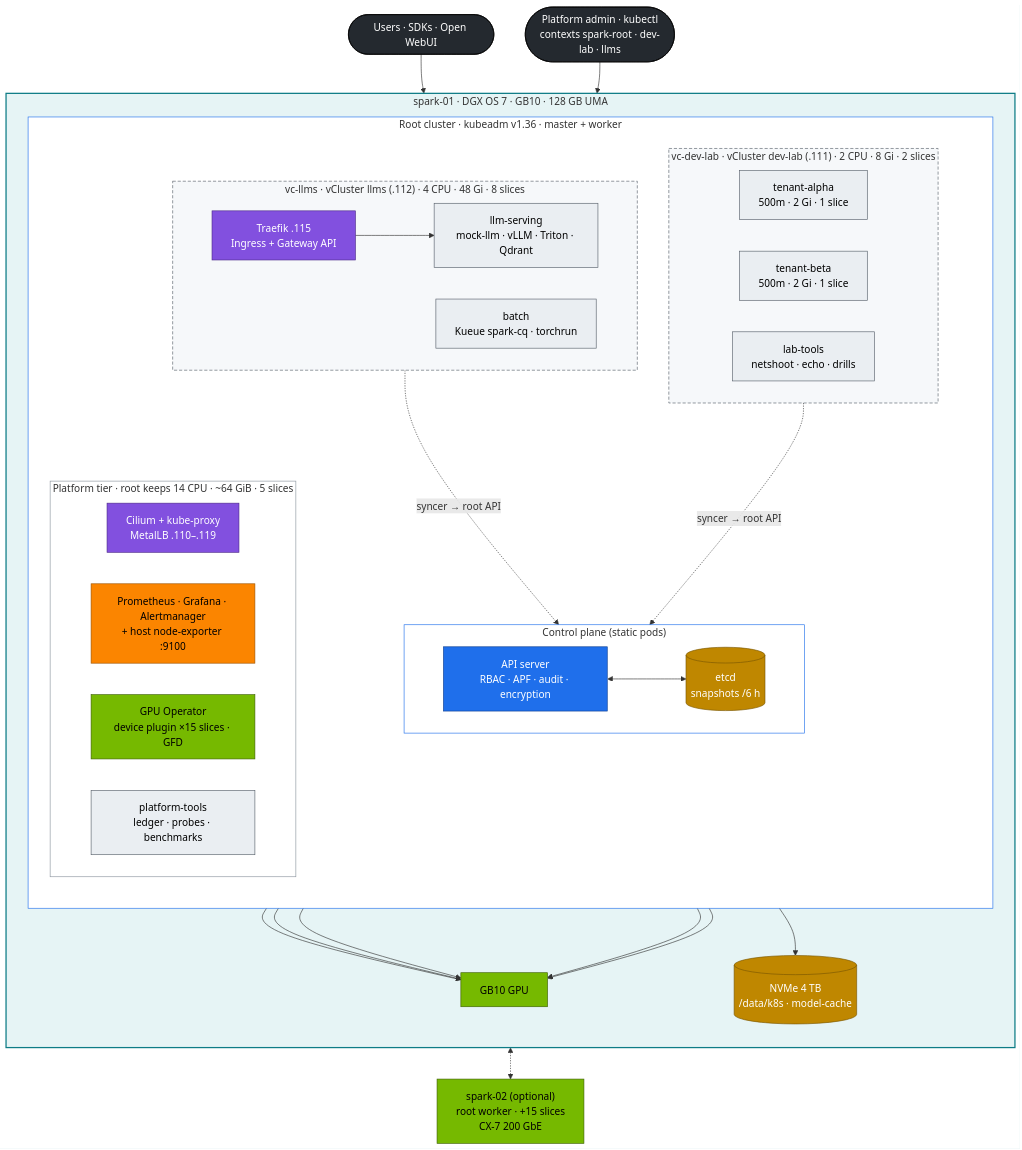
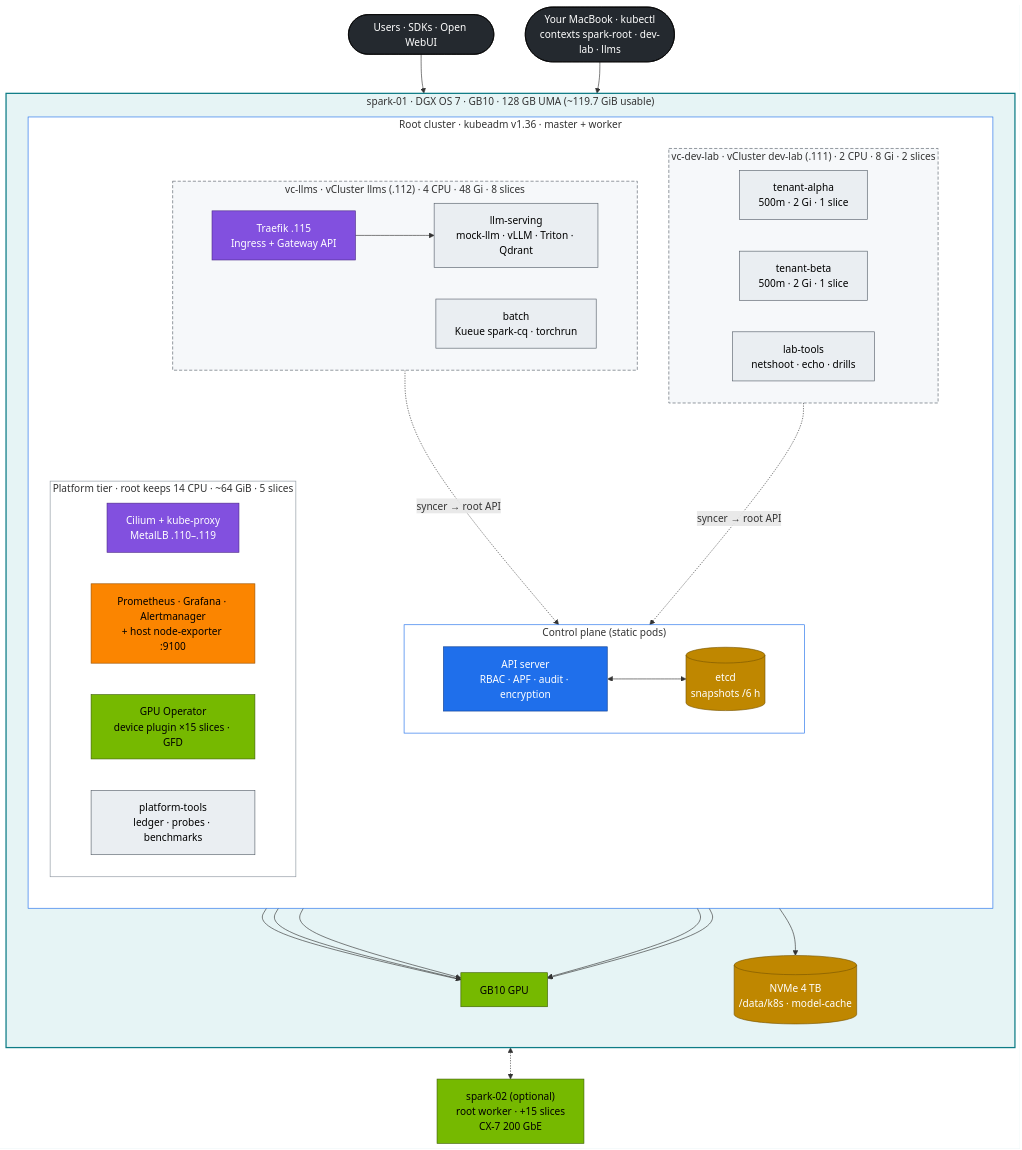
One commit to cloudone365/technical-depth changed the first of 3 diagrams in 02 Kubernetes/15-dgx-spark-datacenter-simulation-lab.md. Above: the diagram before and after it, drawn with Mermaid. The commit also changed other lines of this file and 5 other files, not shown here.

First line of the commit message:
02 Kubernetes: nested-lab architecture diagram up front, MacBook as the terminal

````diff
--- a/02 Kubernetes/15-dgx-spark-datacenter-simulation-lab.md
+++ b/02 Kubernetes/15-dgx-spark-datacenter-simulation-lab.md
@@ -38,65 +38,65 @@
 ```mermaid
 flowchart TB
   USER(["Users · SDKs · Open WebUI"]) --> EDGE
-  ADMIN(["Platform admin · kubectl<br/>contexts spark-root · dev-lab · llms"])
-  subgraph SPARK["spark-01 · DGX OS 7 · GB10 · 128 GB UMA"]
+  ADMIN(["Your MacBook · kubectl<br/>contexts spark-root · dev-lab · llms"])
+  subgraph SPARK["spark-01 · DGX OS 7 · GB10 · 128 GB UMA (~119.7 GiB usable)"]
     direction TB
     subgraph ROOT["Root cluster · kubeadm v1.36 · master + worker"]
       direction TB
       subgraph CP["Control plane (static pods)"]
         direction LR
         API["API server<br/>RBAC · APF · audit · encryption"]
         ETCD[("etcd<br/>snapshots /6 h")]
       end
       subgraph PLATFORM["Platform tier · root keeps 14 CPU · ~64 GiB · 5 slices"]
         direction LR
         NET["Cilium + kube-proxy<br/>MetalLB .110–.119"]
         OBS["Prometheus · Grafana · Alertmanager<br/>+ host node-exporter :9100"]
         GPUOP["GPU Operator<br/>device plugin ×15 slices · GFD"]
         PT["platform-tools<br/>ledger · probes · benchmarks"]
       end
       subgraph DEV["vc-dev-lab · vCluster dev-lab (.111) · 2 CPU · 8 Gi · 2 slices"]
         direction LR
         TA["tenant-alpha<br/>500m · 2 Gi · 1 slice"]
         TB["tenant-beta<br/>500m · 2 Gi · 1 slice"]
         LT["lab-tools<br/>netshoot · echo · drills"]
       end
       subgraph LLM["vc-llms · vCluster llms (.112) · 4 CPU · 48 Gi · 8 slices"]
         direction LR
         EDGE["Traefik .115<br/>Ingress + Gateway API"]
         SERVE["llm-serving<br/>mock-llm · vLLM · Triton · Qdrant"]
         BATCH["batch<br/>Kueue spark-cq · torchrun"]
       end
     end
     NVME[("NVMe 4 TB<br/>/data/k8s · model-cache")]
     GB10["GB10 GPU"]
   end
   S2["spark-02 (optional)<br/>root worker · +15 slices<br/>CX-7 200 GbE"]
   ADMIN --> API
   EDGE --> SERVE
   SERVE & BATCH & TA & TB & PT --> GB10
   SERVE --> NVME
   API <--> ETCD
   DEV & LLM -. "syncer → root API" .-> API
   SPARK <-.-> S2
   classDef ctrl fill:#1f6feb,stroke:#0b3d91,color:#fff
   classDef net fill:#8250df,stroke:#4c2889,color:#fff
   classDef gpu fill:#76b900,stroke:#3d6000,color:#000
   classDef store fill:#bf8700,stroke:#7a5600,color:#fff
   classDef obs fill:#fb8500,stroke:#9a5200,color:#000
   classDef tenant fill:#eaeef2,stroke:#57606a,color:#000
   classDef ext fill:#24292f,stroke:#000,color:#fff
   class API ctrl
   class EDGE,NET net
   class GB10,GPUOP,S2 gpu
   class ETCD,NVME store
   class OBS obs
   class SERVE,BATCH,TA,TB,LT,PT tenant
   class USER,ADMIN ext
   style SPARK fill:#e6f4f5,stroke:#0e7c86,stroke-width:2px
   style ROOT fill:#ffffff,stroke:#1f6feb
   style PLATFORM fill:#ffffff,stroke:#8c959f
   style CP fill:#ffffff,stroke:#1f6feb
   style DEV fill:#f6f8fa,stroke:#57606a,stroke-dasharray:5 3
   style LLM fill:#f6f8fa,stroke:#57606a,stroke-dasharray:5 3
 ```
````
